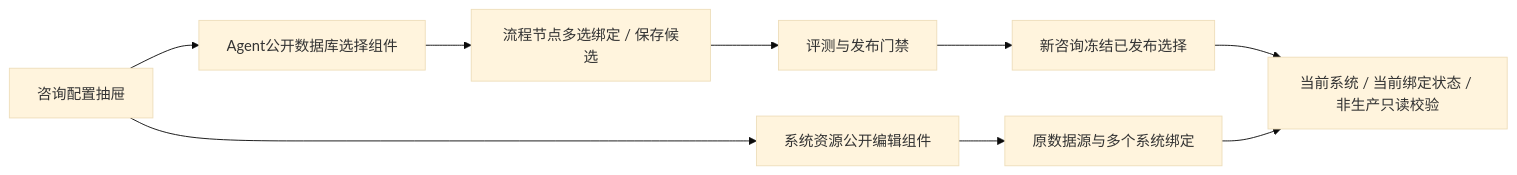
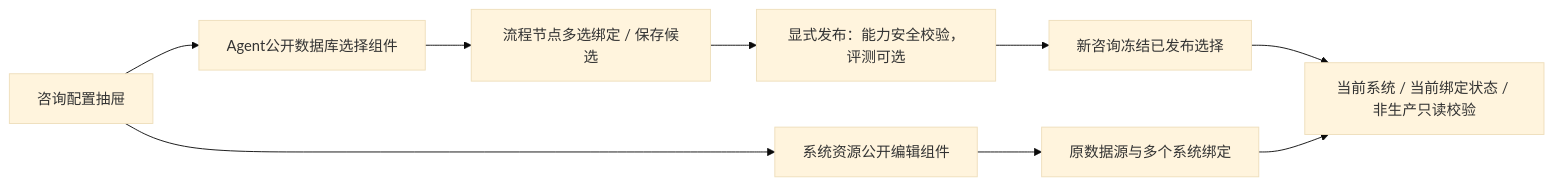
Before and after one commit to exception-coder/kai-toolbox: the ninth of 16 diagrams in docs/ai-coding-architecture.md, drawn with Mermaid (base theme). The commit also changed other lines of this file and 19 other files, not shown here.

````diff
--- a/docs/ai-coding-architecture.md
+++ b/docs/ai-coding-architecture.md
@@ -387,11 +387,11 @@
 ```mermaid
 flowchart LR
     Settings[咨询配置抽屉] --> Resources[系统资源公开编辑组件]
     Resources --> Connections[原数据源与多个系统绑定]
     Settings --> Workflow[Agent公开数据库选择组件]
     Workflow --> Candidate[流程节点多选绑定 / 保存候选]
-    Candidate --> Evaluation[评测与发布门禁]
+    Candidate --> Evaluation["显式发布：能力安全校验，评测可选"]
     Evaluation --> NewConsult[新咨询冻结已发布选择]
     NewConsult --> Scope[当前系统 / 当前绑定状态 / 非生产只读校验]
     Connections --> Scope
 ```
````
